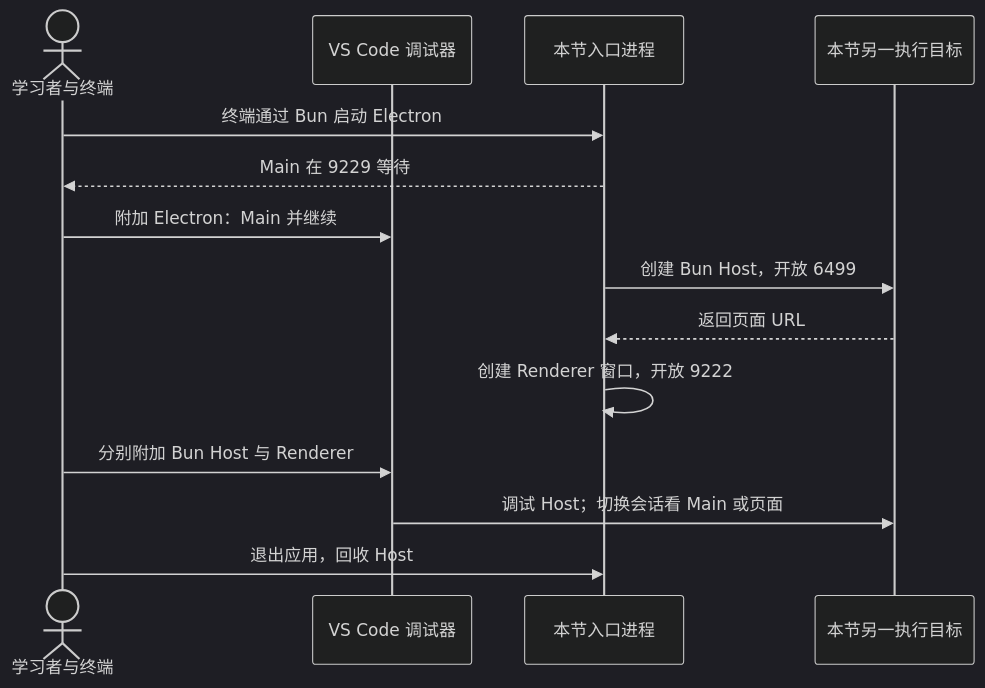
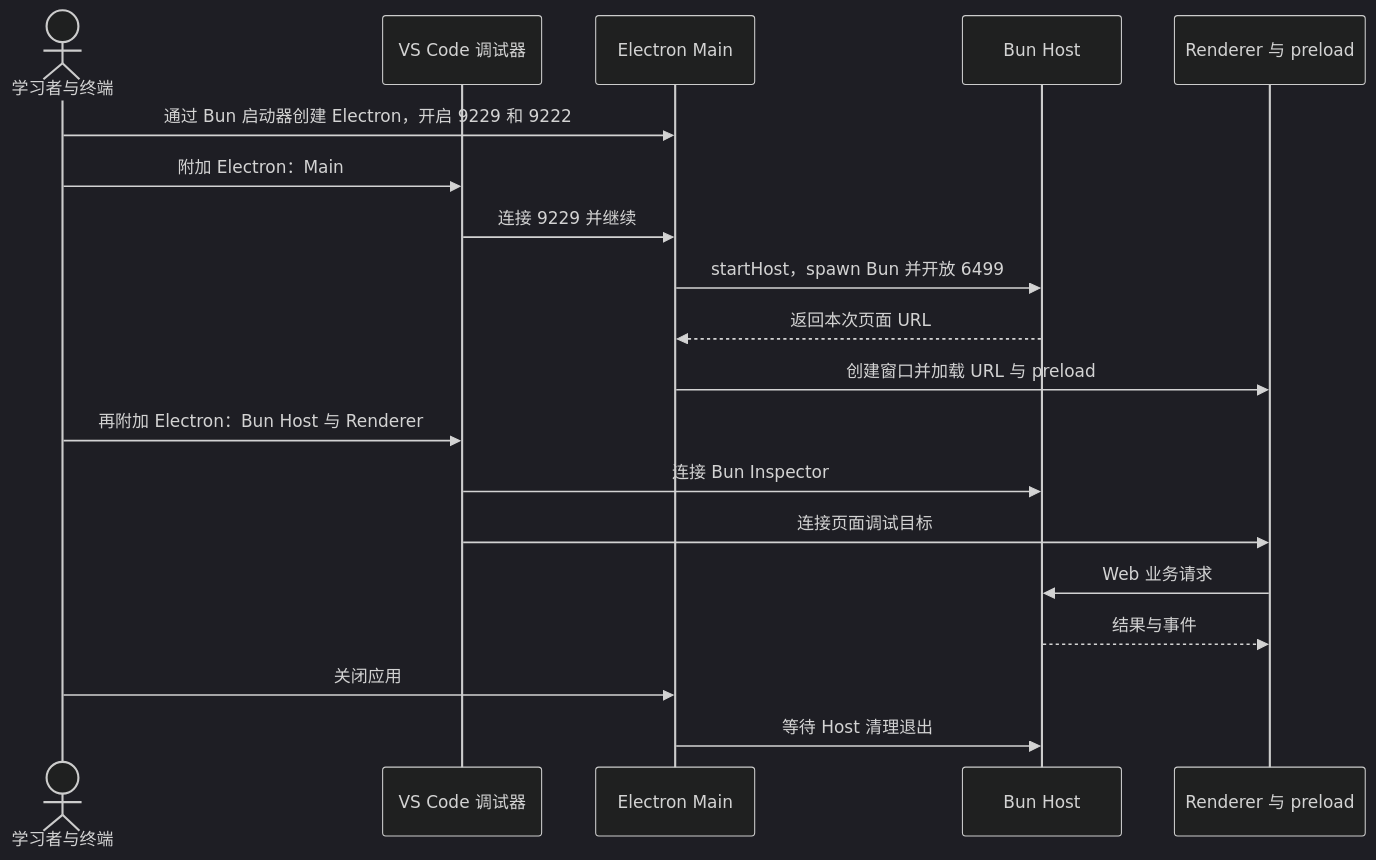
Before and after one commit to dddddd889/deepseek-harness-demo: the third of 3 diagrams in tutorial/linear/lessons/052.md, drawn with Mermaid (dark theme). The commit also changed other lines of this file and 40 other files, not shown here.

Commit message:
docs: 为35节多文件教程补目录树和调用图

````diff
--- a/tutorial/linear/lessons/052.md
+++ b/tutorial/linear/lessons/052.md
@@ -122,16 +170,21 @@
 ```mermaid
 sequenceDiagram
     actor U as 学习者与终端
     participant D as VS Code 调试器
-    participant P as 本节入口进程
-    participant C as 本节另一执行目标
-    U->>P: 终端通过 Bun 启动 Electron
-    P-->>U: Main 在 9229 等待
-    U->>D: 附加 Electron：Main 并继续
-    P->>C: 创建 Bun Host，开放 6499
-    C-->>P: 返回页面 URL
-    P->>P: 创建 Renderer 窗口，开放 9222
-    U->>D: 分别附加 Bun Host 与 Renderer
-    D->>C: 调试 Host；切换会话看 Main 或页面
-    U->>P: 退出应用，回收 Host
+    participant M as Electron Main
+    participant H as Bun Host
+    participant R as Renderer 与 preload
+    U->>M: 通过 Bun 启动器创建 Electron，开启 9229 和 9222
+    U->>D: 附加 Electron：Main
+    D->>M: 连接 9229 并继续
+    M->>H: startHost，spawn Bun 并开放 6499
+    H-->>M: 返回本次页面 URL
+    M->>R: 创建窗口并加载 URL 与 preload
+    U->>D: 再附加 Electron：Bun Host 与 Renderer
+    D->>H: 连接 Bun Inspector
+    D->>R: 连接页面调试目标
+    R->>H: Web 业务请求
+    H-->>R: 结果与事件
+    U->>M: 关闭应用
+    M->>H: 等待 Host 清理退出
 ```
````
